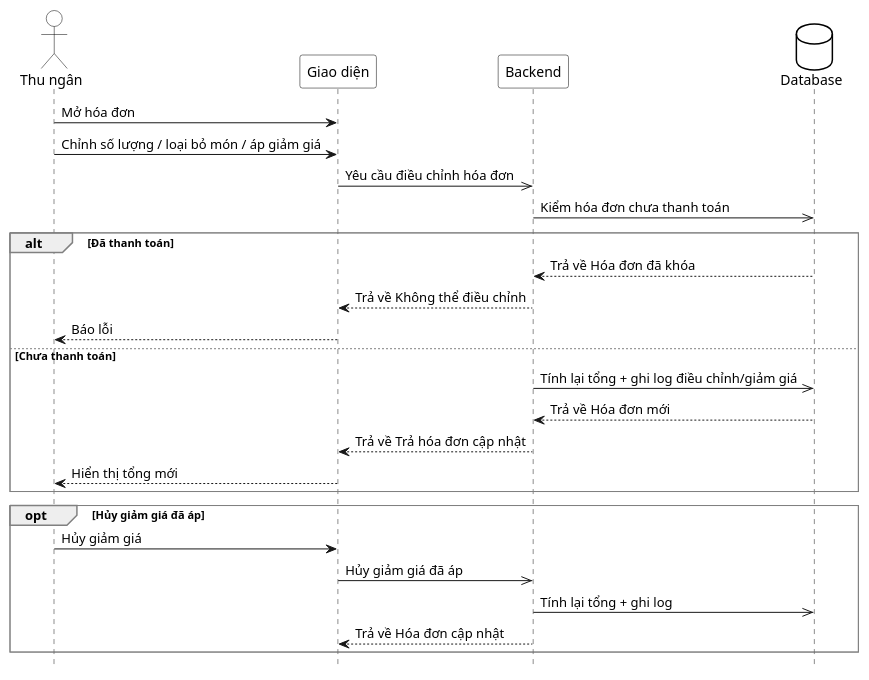
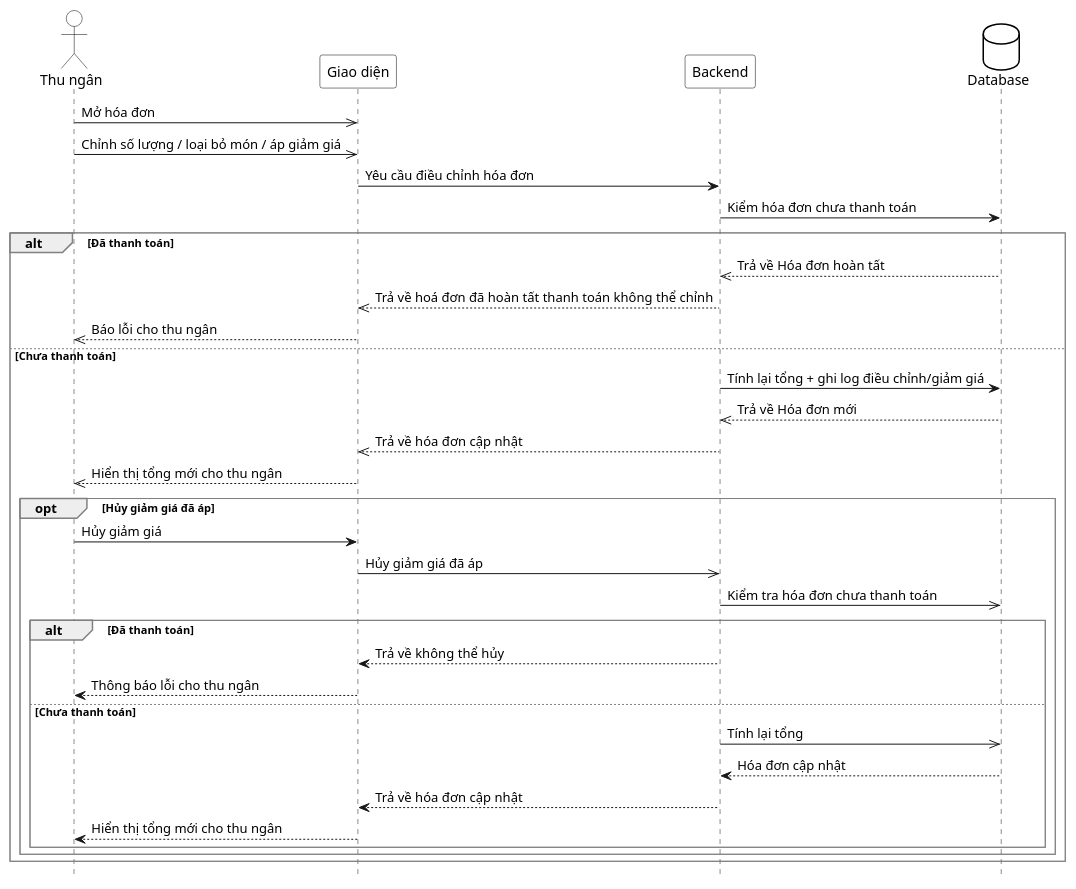
The diagram in docs/use-cases/uc-thu-ngan-22-dieu-chinh-hoa-don-giam-gia.md (thanhhoa3514/restaurant-management), drawn with PlantUML before and after one commit. The commit also changed other lines of this file and 98 other files, not shown here.

````diff
--- a/docs/use-cases/uc-thu-ngan-22-dieu-chinh-hoa-don-giam-gia.md
+++ b/docs/use-cases/uc-thu-ngan-22-dieu-chinh-hoa-don-giam-gia.md
@@ -52,46 +52,54 @@
 ```plantuml
 @startuml
 hide footbox
 skinparam participant {
  BackgroundColor White
  BorderColor Black
 }
 skinparam actor {
  BackgroundColor White
  BorderColor Black
 }
 skinparam database {
  BackgroundColor White
  BorderColor Black
 }
 skinparam sequenceGroupBorderThickness 1
 skinparam sequenceGroupBorderColor Gray
 actor "Thu ngân" as A
 participant "Giao diện" as UI
 participant "Backend" as BE
 database "Database" as DB
 
-A -> UI : Mở hóa đơn
-A -> UI : Chỉnh số lượng / loại bỏ món / áp giảm giá
-UI ->> BE : Yêu cầu điều chỉnh hóa đơn
-BE ->> DB : Kiểm hóa đơn chưa thanh toán
+A ->> UI : Mở hóa đơn
+A ->> UI : Chỉnh số lượng / loại bỏ món / áp giảm giá
+UI -> BE : Yêu cầu điều chỉnh hóa đơn
+BE -> DB : Kiểm hóa đơn chưa thanh toán
 
 alt Đã thanh toán
- DB --> BE : Trả về Hóa đơn đã khóa
- BE --> UI : Trả về Không thể điều chỉnh
- UI --> A : Báo lỗi
+ DB -->> BE : Trả về Hóa đơn hoàn tất
+ BE -->> UI : Trả về hoá đơn đã hoàn tất thanh toán không thể chỉnh
+ UI -->> A : Báo lỗi cho thu ngân
 else Chưa thanh toán
- BE ->> DB : Tính lại tổng + ghi log điều chỉnh/giảm giá
- DB --> BE : Trả về Hóa đơn mới
- BE --> UI : Trả về Trả hóa đơn cập nhật
- UI --> A : Hiển thị tổng mới
-end
+ BE -> DB : Tính lại tổng + ghi log điều chỉnh/giảm giá
+ DB -->> BE : Trả về Hóa đơn mới
+ BE -->> UI : Trả về hóa đơn cập nhật
+ UI -->> A : Hiển thị tổng mới cho thu ngân
 
-opt Hủy giảm giá đã áp
- A -> UI : Hủy giảm giá
- UI ->> BE : Hủy giảm giá đã áp
- BE ->> DB : Tính lại tổng + ghi log
- BE --> UI : Trả về Hóa đơn cập nhật
+ opt Hủy giảm giá đã áp
+   A -> UI : Hủy giảm giá
+   UI ->> BE : Hủy giảm giá đã áp
+   BE ->> DB : Kiểm tra hóa đơn chưa thanh toán
+   alt Đã thanh toán
+     BE --> UI : Trả về không thể hủy
+     UI --> A : Thông báo lỗi cho thu ngân
+   else Chưa thanh toán
+     BE ->> DB : Tính lại tổng
+     DB --> BE : Hóa đơn cập nhật
+     BE --> UI : Trả về hóa đơn cập nhật
+     UI --> A : Hiển thị tổng mới cho thu ngân
+   end
+ end
 end
 @enduml
 ```
````
